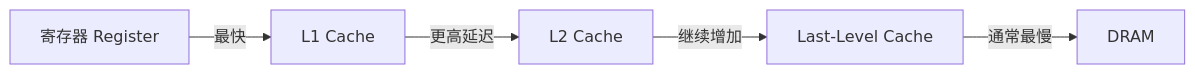
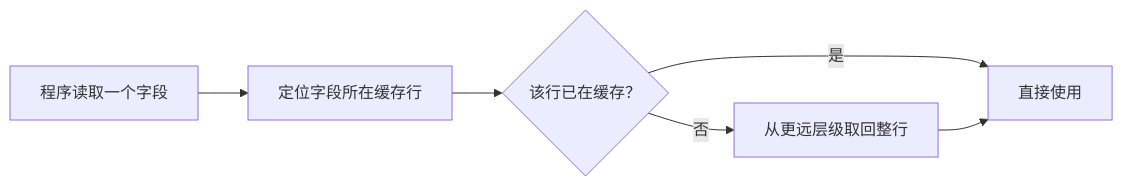
One commit to xizheyin/hft-book-rs changed the second of 4 diagrams in books/rust-hft/src/foundations/memory_layout.md. Above: the diagram before and after it, drawn with Mermaid. The commit also changed other lines of this file and 207 other files, not shown here.

````diff
--- a/books/rust-hft/src/foundations/memory_layout.md
+++ b/books/rust-hft/src/foundations/memory_layout.md
@@ -9,7 +74,8 @@
 ```mermaid
 flowchart LR
-    A[寄存器 Register] -->|最快| B[L1 Cache]
-    B -->|更高延迟| C[L2 Cache]
-    C -->|继续增加| D[Last-Level Cache]
-    D -->|通常最慢| E[DRAM]
+    A["程序读取一个字段"] --> B["定位字段所在缓存行"]
+    B --> C{"该行已在缓存？"}
+    C -->|是| D["直接使用"]
+    C -->|否| E["从更远层级取回整行"]
+    E --> D
 ```
````
